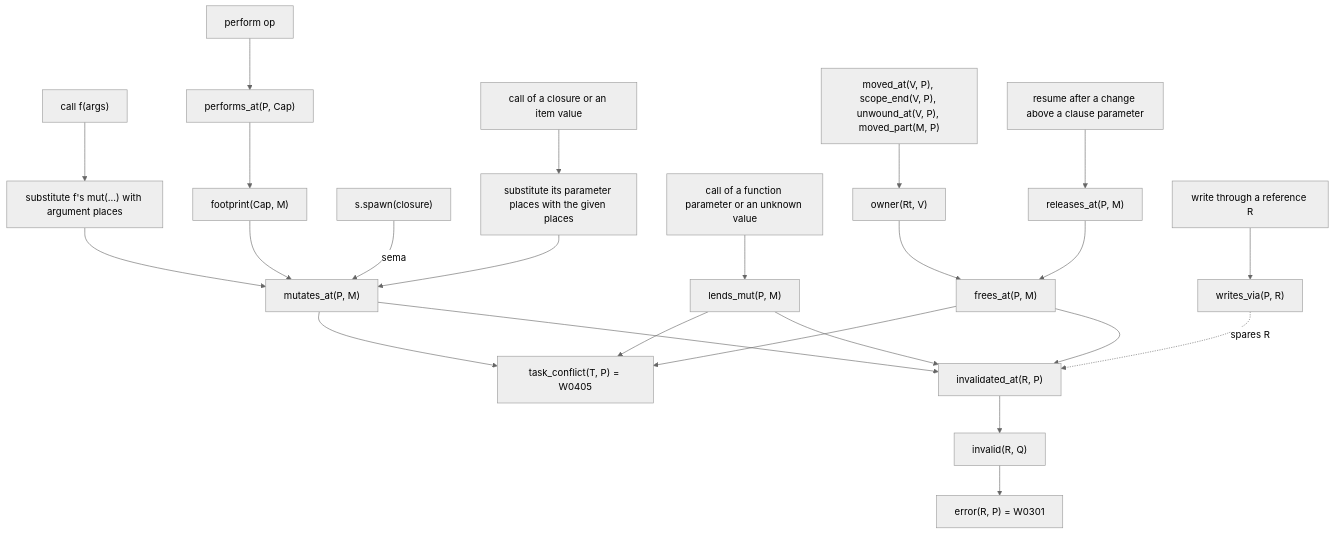
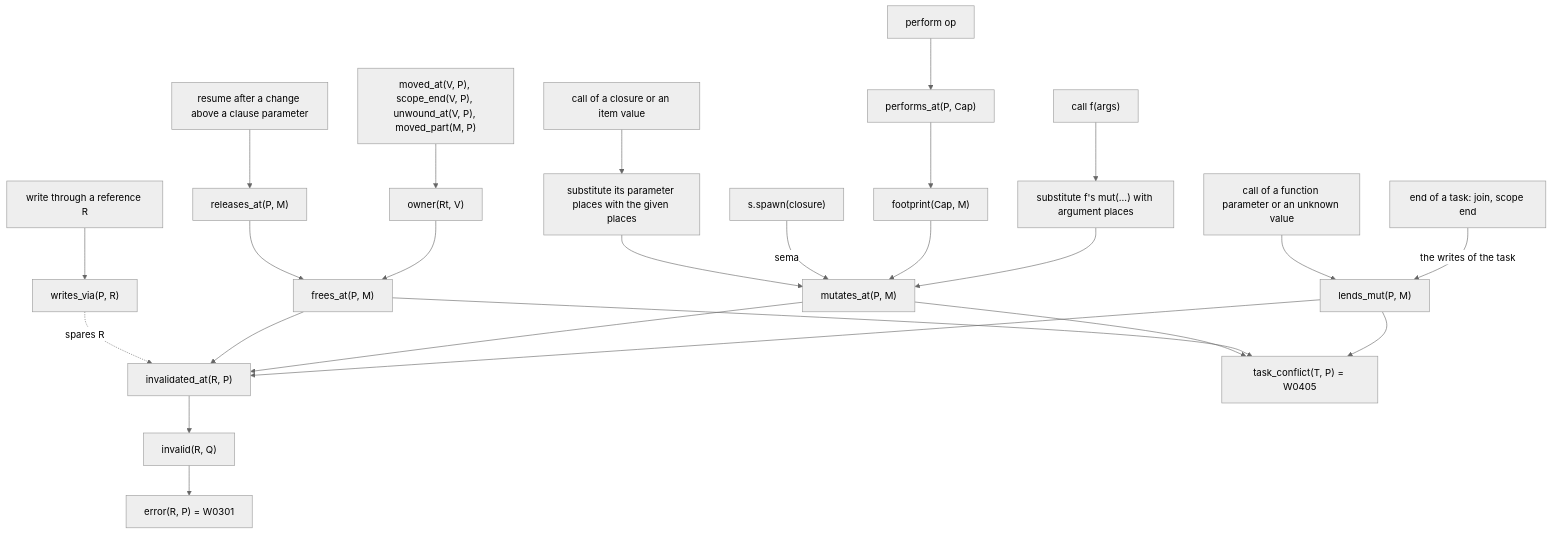
Before and after one commit to madmax983/weft: the second of 3 diagrams in docs/architecture.md, drawn with Mermaid (neutral theme). The commit also changed other lines of this file and 59 other files, not shown here.

````diff
--- a/docs/architecture.md
+++ b/docs/architecture.md
@@ -25,15 +25,16 @@
 ```mermaid
 flowchart TD
     call["call f(args)"] --> subst["substitute f's mut(...) with argument places"] --> mut["mutates_at(P, M)"]
     perform["perform op"] --> cap["performs_at(P, Cap)"] --> fp["footprint(Cap, M)"] --> mut
     spawn["s.spawn(closure)"] -- "sema" --> mut
+    tend["end of a task: join, scope end"] -- "the writes of the task" --> lend
     value["call of a closure or an item value"] --> given["substitute its parameter places with the given places"] --> mut
     unknown["call of a function parameter or an unknown value"] --> lend["lends_mut(P, M)"] --> inv
     lend --> tc
     mut --> inv["invalidated_at(R, P)"] --> invalid["invalid(R, Q)"] --> err["error(R, P) = W0301"]
     drop["moved_at(V, P), scope_end(V, P), unwound_at(V, P), moved_part(M, P)"] --> own["owner(Rt, V)"] --> frees["frees_at(P, M)"] --> inv
     resume["resume after a change above a clause parameter"] --> rel["releases_at(P, M)"] --> frees
     via["write through a reference R"] --> wv["writes_via(P, R)"] -. "spares R" .-> inv
     frees --> tc["task_conflict(T, P) = W0405"]
     mut --> tc
 ```
````
